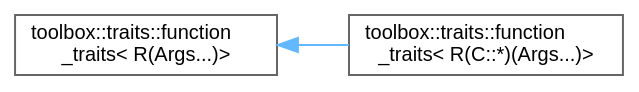
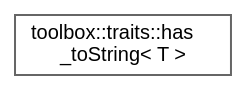
The diagram in inherit_graph_44.dot (nerdneilsfield/cpp-toolbox), drawn with Graphviz before and after one commit. The commit also changed 153 other files, not shown here.

```diff
--- a/inherit_graph_44.dot
+++ b/inherit_graph_44.dot
@@ -1,11 +1,9 @@
 digraph "Graphical Class Hierarchy"
 {
  // LATEX_PDF_SIZE
   bgcolor="transparent";
   edge [fontname=Helvetica,fontsize=10,labelfontname=Helvetica,labelfontsize=10];
   node [fontname=Helvetica,fontsize=10,shape=box,height=0.2,width=0.4];
   rankdir="LR";
-  Node0 [id="Node000000",label="toolbox::traits::function\l_traits\< R(Args...)\>",height=0.2,width=0.4,color="grey40", fillcolor="white", style="filled",URL="$structtoolbox_1_1traits_1_1function__traits_3_01_r_07_args_8_8_8_08_4.html",tooltip="普通函数的函数特征/Function traits for regular functions"];
-  Node0 -> Node1 [id="edge39_Node000000_Node000001",dir="back",color="steelblue1",style="solid",tooltip=" "];
-  Node1 [id="Node000001",label="toolbox::traits::function\l_traits\< R(C::*)(Args...)\>",height=0.2,width=0.4,color="grey40", fillcolor="white", style="filled",URL="$structtoolbox_1_1traits_1_1function__traits_3_01_r_07_c_1_1_5_08_07_args_8_8_8_08_4.html",tooltip="成员函数的函数特征/Function traits for member functions"];
+  Node0 [id="Node000000",label="toolbox::traits::has\l_toString\< T \>",height=0.2,width=0.4,color="grey40", fillcolor="white", style="filled",URL="$structtoolbox_1_1traits_1_1has__to_string.html",tooltip="检查类型是否有toString方法(C++17之前版本)/Check if type has toString method (pre-C++17 version)"];
 }
```
